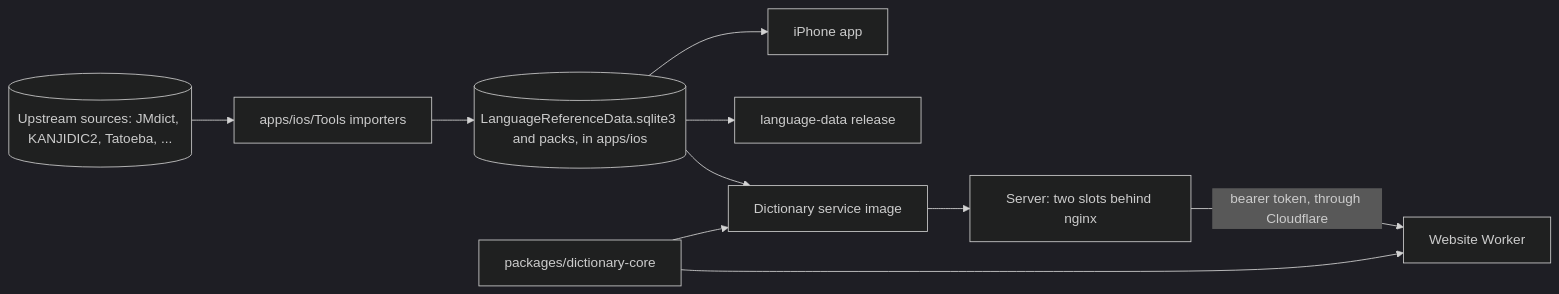
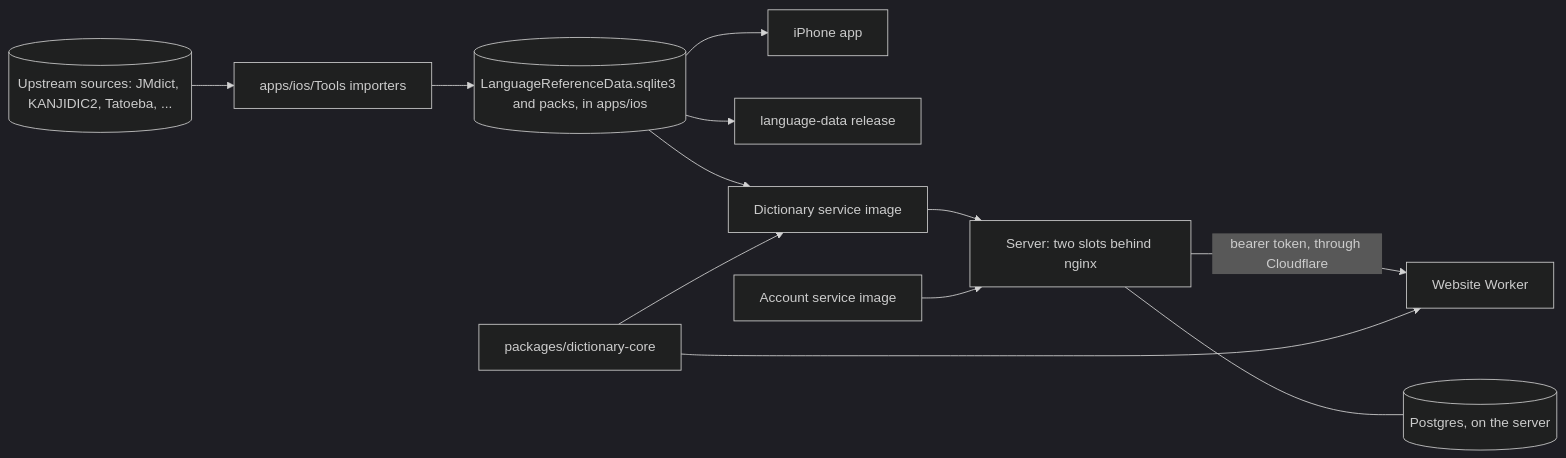
Before and after one commit to serpcompany/zenbujapanese-monorepo: the diagram in ARCHITECTURE.md, drawn with Mermaid (dark theme). The commit also changed other lines of this file and 58 other files, not shown here.

First line of the commit message:
Stand up the account service on the API servers (#565)

````diff
--- a/ARCHITECTURE.md
+++ b/ARCHITECTURE.md
@@ -19,12 +22,14 @@
 ```mermaid
 flowchart LR
     Sources[("Upstream sources: JMdict, KANJIDIC2, Tatoeba, ...")] --> Tools["apps/ios/Tools importers"]
     Tools --> Data[("LanguageReferenceData.sqlite3 and packs, in apps/ios")]
     Data --> App["iPhone app"]
     Data --> Release["language-data release"]
     Data --> Image["Dictionary service image"]
     Core["packages/dictionary-core"] --> Image
     Image --> Server["Server: two slots behind nginx"]
     Server -->|"bearer token, through Cloudflare"| Site["Website Worker"]
     Core --> Site
+    Accounts["Account service image"] --> Server
+    Server --- Postgres[("Postgres, on the server")]
 ```
````
